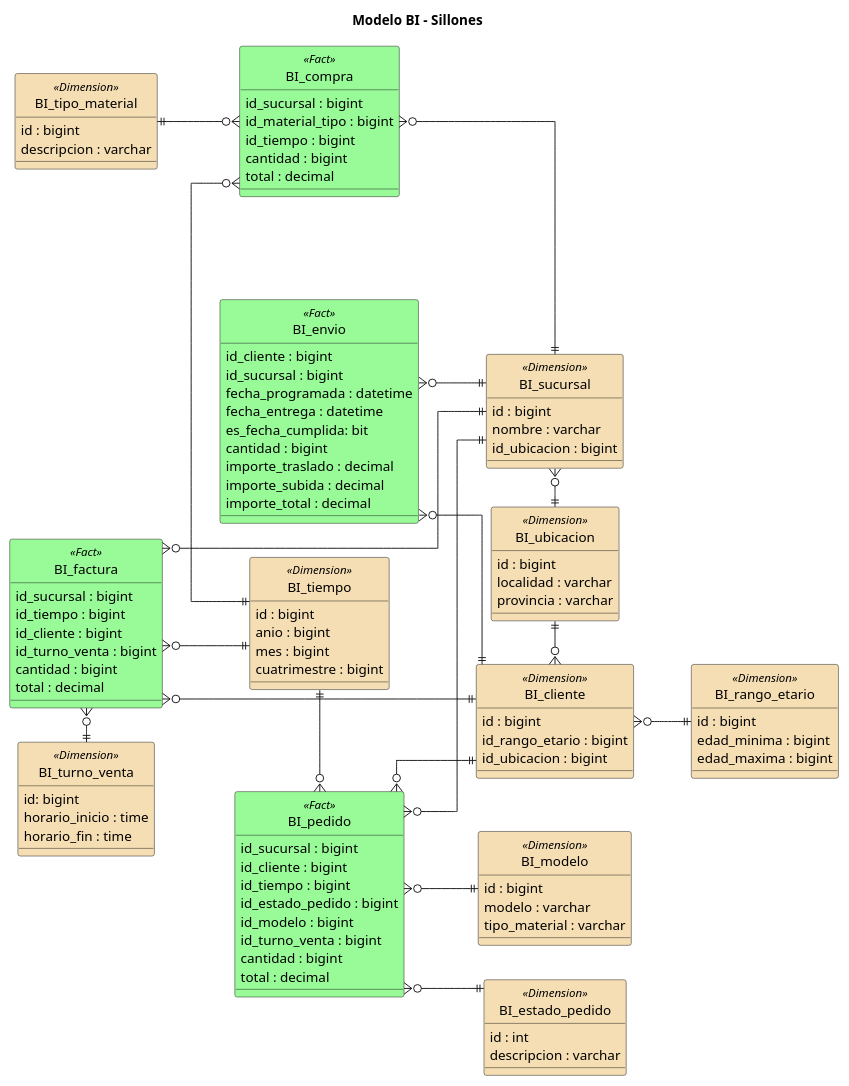
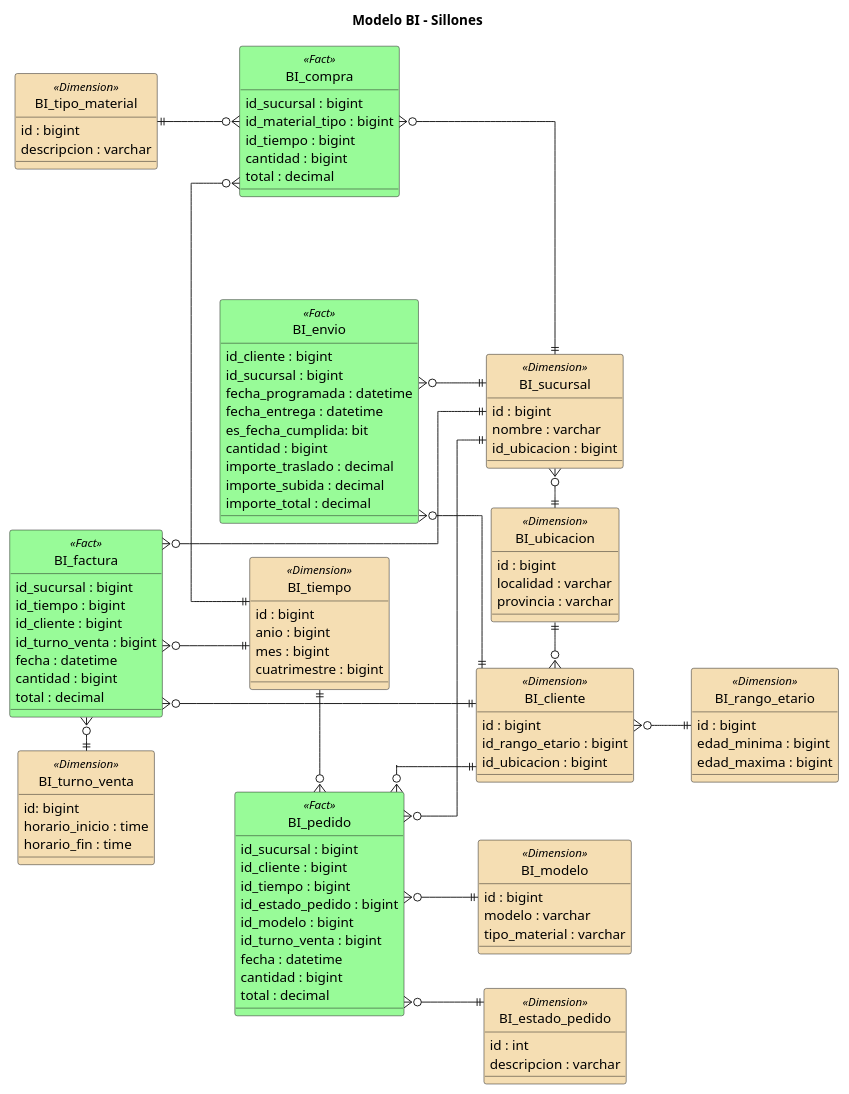
Before and after one commit to andrycarrasco/rejunte-sa-91: the diagram in der/bi_der.puml, drawn with PlantUML. The commit also changed 1 other file, not shown here.

Commit message:
se agregan campo fecha a factura y pedido y se formatea codigo

```diff
--- a/der/bi_der.puml
+++ b/der/bi_der.puml
@@ -1,131 +1,133 @@
 @startuml Modelo BI - Sillones
 skinparam linetype ortho
 hide circle
 skinparam shadowing false
 title Modelo BI - Sillones
 left to right direction
 
 skinparam class {
   BackgroundColor<<Fact>> PaleGreen
   BackgroundColor<<Dimension>> Wheat
 }
 
 ' Hechos
 entity BI_factura <<Fact>> {
     id_sucursal : bigint
     id_tiempo : bigint
     id_cliente : bigint
     id_turno_venta : bigint
+    fecha : datetime
     cantidad : bigint
     total : decimal
 }
 entity BI_pedido <<Fact>> {
     id_sucursal : bigint
     id_cliente : bigint
     id_tiempo : bigint
     id_estado_pedido : bigint
     id_modelo : bigint
     id_turno_venta : bigint
+    fecha : datetime
     cantidad : bigint
     total : decimal
 }
 
 entity BI_compra <<Fact>> {
     id_sucursal : bigint
     id_material_tipo : bigint
     id_tiempo : bigint
     cantidad : bigint
     total : decimal
 }
 
 entity BI_envio <<Fact>> {
     id_cliente : bigint
     id_sucursal : bigint
     fecha_programada : datetime
     fecha_entrega : datetime
     es_fecha_cumplida: bit
     cantidad : bigint
     importe_traslado : decimal
     importe_subida : decimal
     importe_total : decimal
 }
 
 ' Dimensiones
 entity BI_tiempo <<Dimension>> {
     id : bigint
     anio : bigint
     mes : bigint
     cuatrimestre : bigint
 }
 
 entity BI_ubicacion <<Dimension>> {
     id : bigint
     localidad : varchar
     provincia : varchar
 }
 
 entity BI_sucursal <<Dimension>> {
     id : bigint
     nombre : varchar
     id_ubicacion : bigint
 }
 
 entity BI_modelo <<Dimension>> {
     id : bigint
     modelo : varchar
     tipo_material : varchar
 }
 
 entity BI_rango_etario <<Dimension>> {
     id : bigint
     edad_minima : bigint
     edad_maxima : bigint
 }
 
 entity BI_turno_venta <<Dimension>> {
     id: bigint
     horario_inicio : time
     horario_fin : time
 }
 
 entity BI_estado_pedido <<Dimension>> {
     id : int
     descripcion : varchar
 }
 
 entity BI_tipo_material <<Dimension>> {
     id : bigint
     descripcion : varchar
 }
 
 entity BI_cliente <<Dimension>> {
     id : bigint
     id_rango_etario : bigint
     id_ubicacion : bigint
 }
 
 ' Relaciones
 BI_envio }o--|| BI_cliente
 BI_envio }o--|| BI_sucursal
 
 BI_factura }o--|| BI_sucursal
 BI_factura }o--|| BI_tiempo
 BI_factura }o--|| BI_cliente
 BI_factura }o-right-|| BI_turno_venta
 
 BI_pedido }o--|| BI_sucursal
 BI_pedido }o--|| BI_cliente
 BI_pedido }o-left-|| BI_tiempo
 BI_pedido }o--|| BI_estado_pedido
 BI_pedido }o--|| BI_modelo
 
 BI_compra }o-down-|| BI_sucursal
 BI_compra }o-up-|| BI_tipo_material
 BI_compra }o-right-|| BI_tiempo
 
 BI_cliente }o--|| BI_rango_etario
 
 BI_ubicacion ||-left-o{ BI_sucursal
 BI_ubicacion ||-right-o{ BI_cliente
 
 @enduml
```
